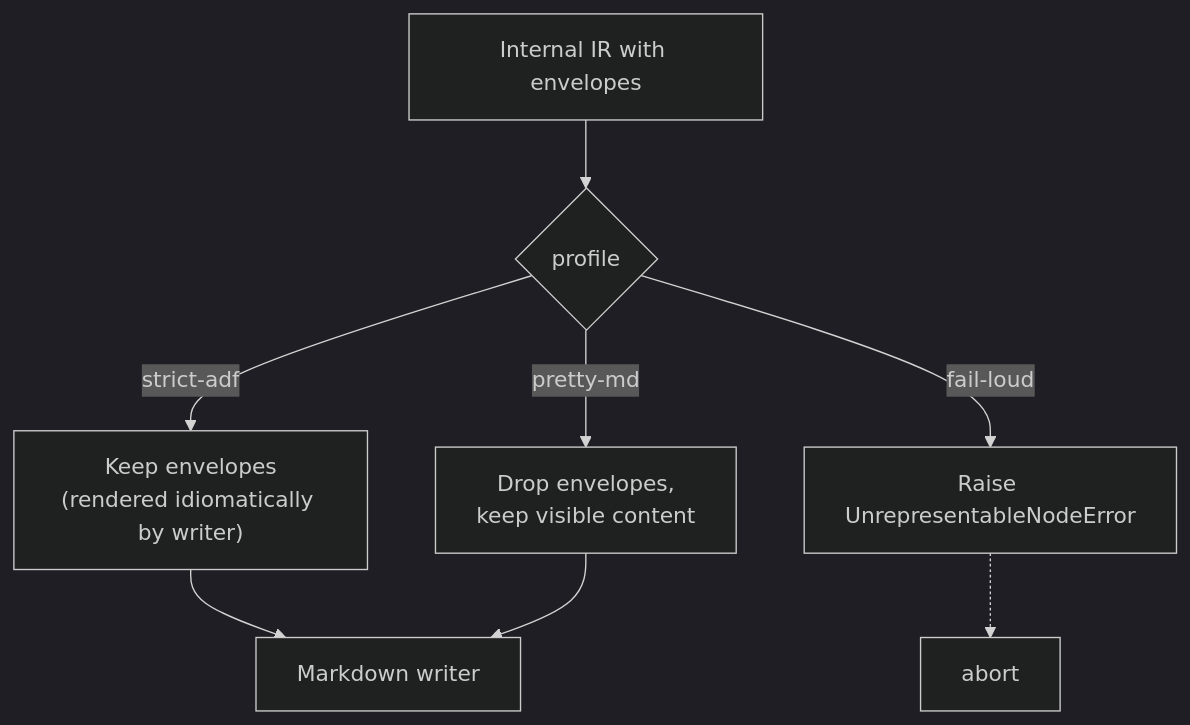
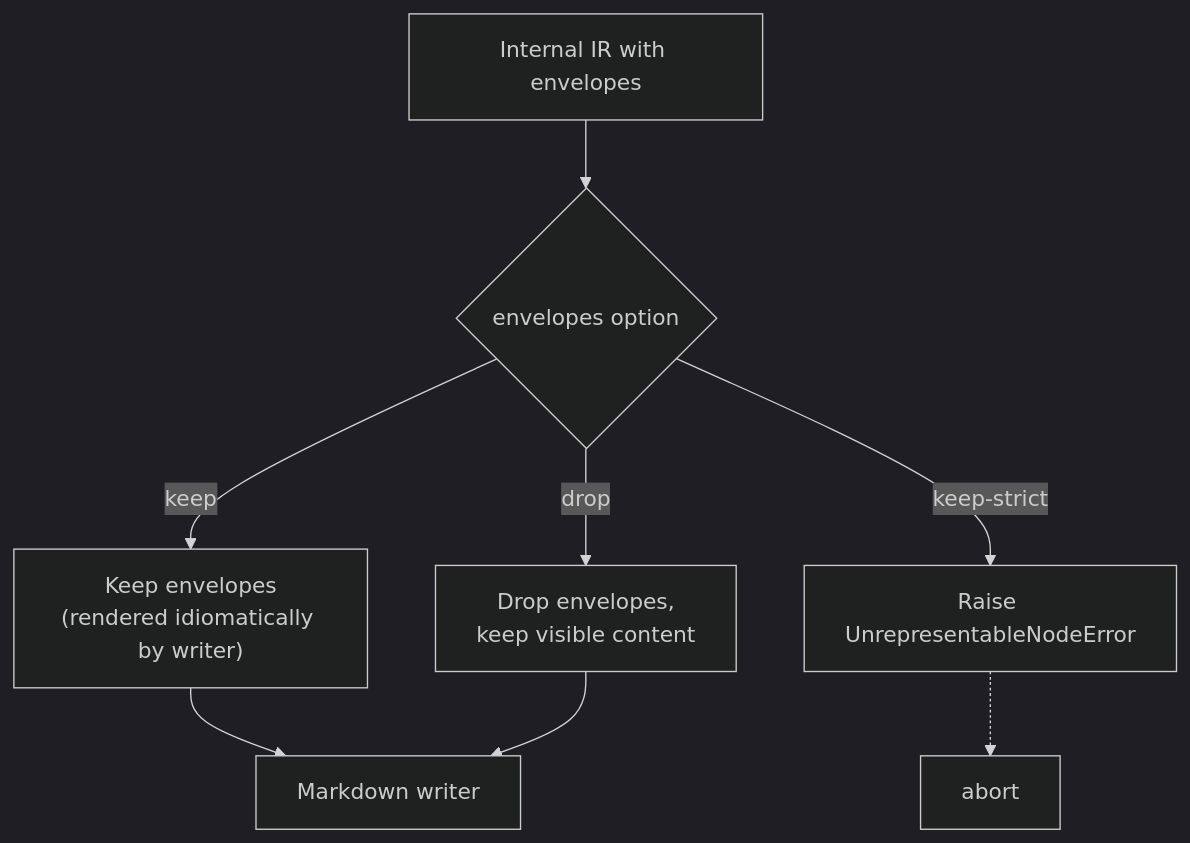
The second of 3 diagrams in docs/design.md (mikejhill/adflux), drawn with Mermaid (dark theme) before and after one commit. The commit also changed other lines of this file and 40 other files, not shown here.

````diff
--- a/docs/design.md
+++ b/docs/design.md
@@ -119,10 +120,10 @@
 ```mermaid
 flowchart TD
-  A[Internal IR with envelopes] --> P{profile}
-  P -->|strict-adf| K["Keep envelopes<br>(rendered idiomatically by writer)"]
-  P -->|pretty-md| D["Drop envelopes,<br>keep visible content"]
-  P -->|fail-loud| F[Raise UnrepresentableNodeError]
+  A[Internal IR with envelopes] --> O{envelopes option}
+  O -->|keep| K["Keep envelopes<br>(rendered idiomatically by writer)"]
+  O -->|drop| D["Drop envelopes,<br>keep visible content"]
+  O -->|keep-strict| F[Raise UnrepresentableNodeError]
   K --> W[Markdown writer]
   D --> W
   F -.-> X[abort]
 ```
````
